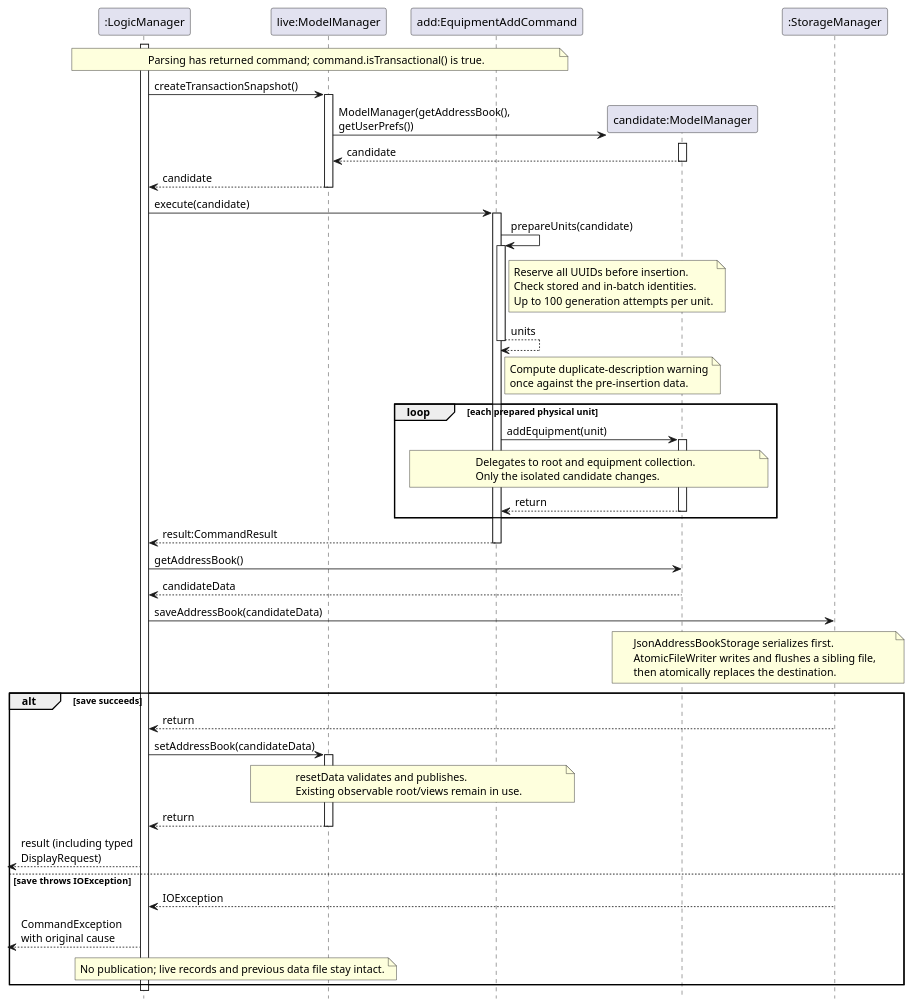
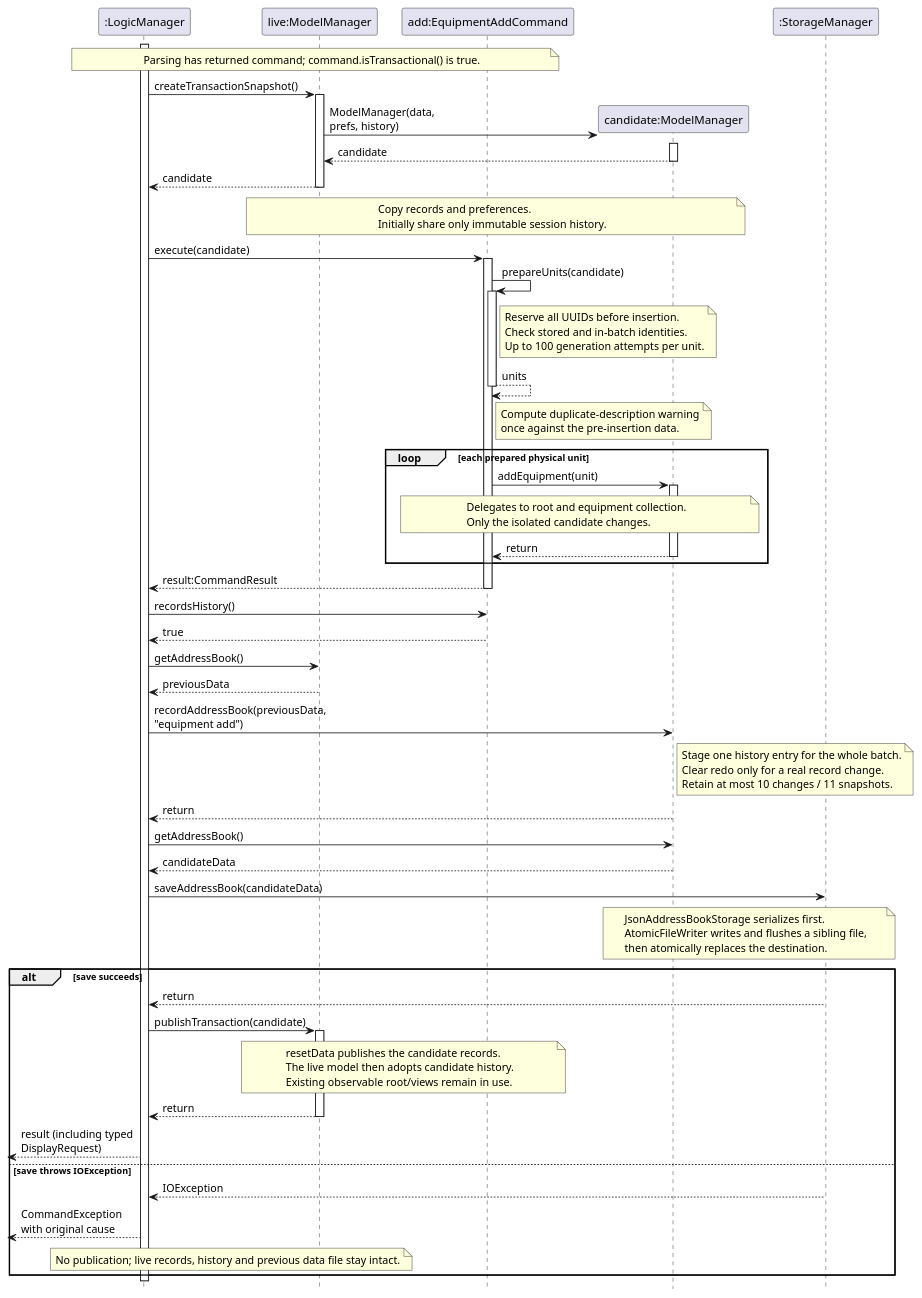
Before and after one commit to AY2627S1-CS2103T-F15-2/tp: the diagram in docs/diagrams/EquipmentTransactionSequence.puml, drawn with PlantUML. The commit also changed 16 other files, not shown here.

Commit message:
Update undo and redo UML diagrams

```diff
--- a/docs/diagrams/EquipmentTransactionSequence.puml
+++ b/docs/diagrams/EquipmentTransactionSequence.puml
@@ -1,81 +1,97 @@
 @startuml
 skinparam shadowing false
 skinparam defaultFontName Arial
 hide footbox
 skinparam maxMessageSize 150
 skinparam ParticipantPadding 10
 
 participant ":LogicManager" as logic
 participant "live:ModelManager" as live
 participant "add:EquipmentAddCommand" as command
 participant "candidate:ModelManager" as candidate
 participant ":StorageManager" as storage
 
 note over logic, command
   Parsing has returned command; command.isTransactional() is true.
 end note
 activate logic
 logic -> live : createTransactionSnapshot()
 activate live
 create candidate
-live -> candidate : ModelManager(getAddressBook(), getUserPrefs())
+live -> candidate : ModelManager(data, prefs, history)
 activate candidate
 candidate --> live : candidate
 deactivate candidate
 live --> logic : candidate
 deactivate live
+note over live, candidate
+  Copy records and preferences.
+  Initially share only immutable session history.
+end note
 logic -> command : execute(candidate)
 activate command
 command -> command : prepareUnits(candidate)
 activate command
 note right of command
   Reserve all UUIDs before insertion.
   Check stored and in-batch identities.
   Up to 100 generation attempts per unit.
 end note
 command --> command : units
 deactivate command
 note right of command
   Compute duplicate-description warning
   once against the pre-insertion data.
 end note
 loop each prepared physical unit
   command -> candidate : addEquipment(unit)
   activate candidate
   note over command, candidate
     Delegates to root and equipment collection.
     Only the isolated candidate changes.
   end note
   candidate --> command : return
   deactivate candidate
 end
 command --> logic : result:CommandResult
 deactivate command
+logic -> command : recordsHistory()
+command --> logic : true
+logic -> live : getAddressBook()
+live --> logic : previousData
+logic -> candidate : recordAddressBook(previousData, "equipment add")
+note right of candidate
+  Stage one history entry for the whole batch.
+  Clear redo only for a real record change.
+  Retain at most 10 changes / 11 snapshots.
+end note
+candidate --> logic : return
 logic -> candidate : getAddressBook()
 candidate --> logic : candidateData
 logic -> storage : saveAddressBook(candidateData)
 note over candidate, storage
   JsonAddressBookStorage serializes first.
   AtomicFileWriter writes and flushes a sibling file,
   then atomically replaces the destination.
 end note
 alt save succeeds
   storage --> logic : return
-  logic -> live : setAddressBook(candidateData)
+  logic -> live : publishTransaction(candidate)
   activate live
   note over live, command
-    resetData validates and publishes.
+    resetData publishes the candidate records.
+    The live model then adopts candidate history.
     Existing observable root/views remain in use.
   end note
   live --> logic : return
   deactivate live
   [<-- logic : result (including typed DisplayRequest)
 else save throws IOException
   storage --> logic : IOException
   [<-- logic : CommandException with original cause
   note over logic, live
-    No publication; live records and previous data file stay intact.
+    No publication; live records, history and previous data file stay intact.
   end note
 end
 deactivate logic
 @enduml
```
